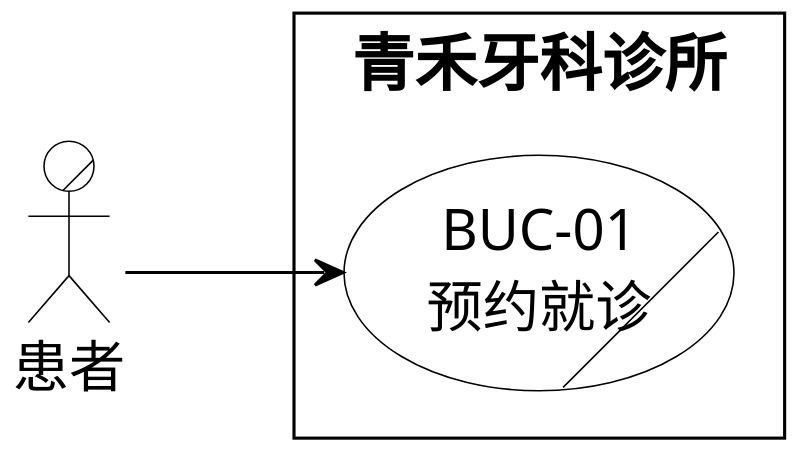
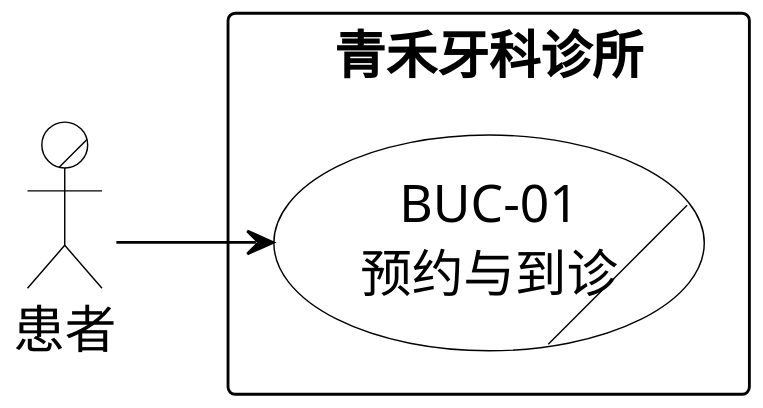
The diagram in 01-需求文档/diagrams/01-01-business-use-case.puml (Shawmc-creator/systemAnalyseAndDesign), drawn with PlantUML before and after one commit. The commit also changed 736 other files, not shown here.

```diff
--- a/01-需求文档/diagrams/01-01-business-use-case.puml
+++ b/01-需求文档/diagrams/01-01-business-use-case.puml
@@ -1,37 +1,29 @@
 @startuml
-' 青禾牙科诊所整体业务；PPT第85、86、93、95页。
-left to right direction
 skinparam backgroundColor white
 skinparam shadowing false
 skinparam defaultFontName SimSun
 skinparam defaultFontSize 18
-skinparam dpi 240
-skinparam nodesep 35
-skinparam ranksep 70
+skinparam dpi 220
 skinparam ArrowColor black
-skinparam ArrowThickness 1
+left to right direction
+skinparam nodesep 30
+skinparam ranksep 55
 skinparam actor {
-  BorderColor black
-  BackgroundColor white
-  FontColor black
+ BorderColor black
+ BackgroundColor white
 }
 skinparam usecase {
-  BorderColor black
-  BackgroundColor white
-  FontColor black
+ BorderColor black
+ BackgroundColor white
 }
 skinparam rectangle {
-  BorderColor black
-  BackgroundColor white
-  FontColor black
-  FontSize 20
-  FontStyle bold
-  RoundCorner 0
+ BorderColor black
+ BackgroundColor white
+ FontStyle bold
 }
-
 actor/ "患者" as P
 rectangle "青禾牙科诊所" {
-  usecase/ "BUC-01\n预约就诊" as U
+ usecase/ "BUC-01\n预约与到诊" as U
 }
 P --> U
 @enduml
```
